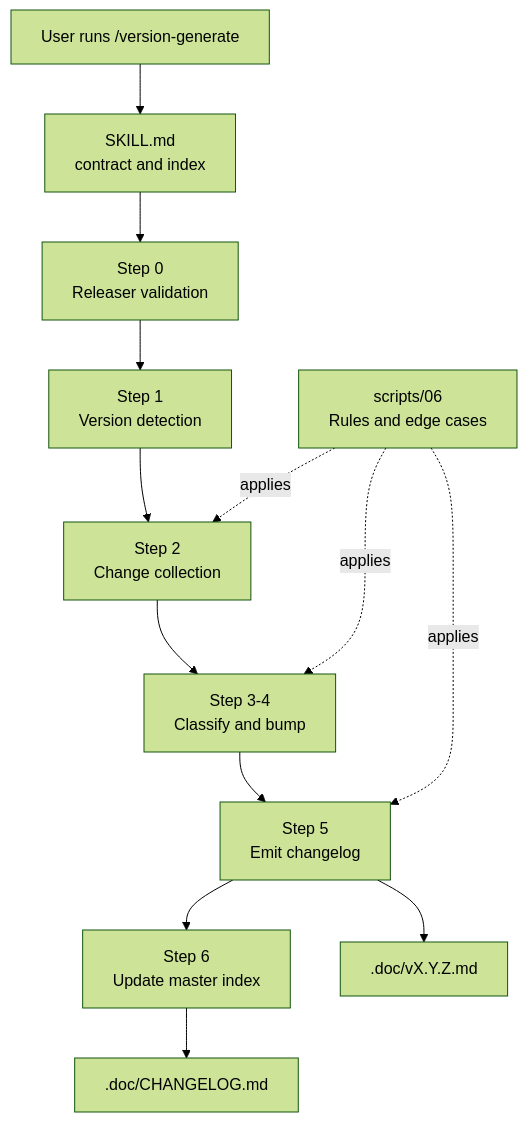
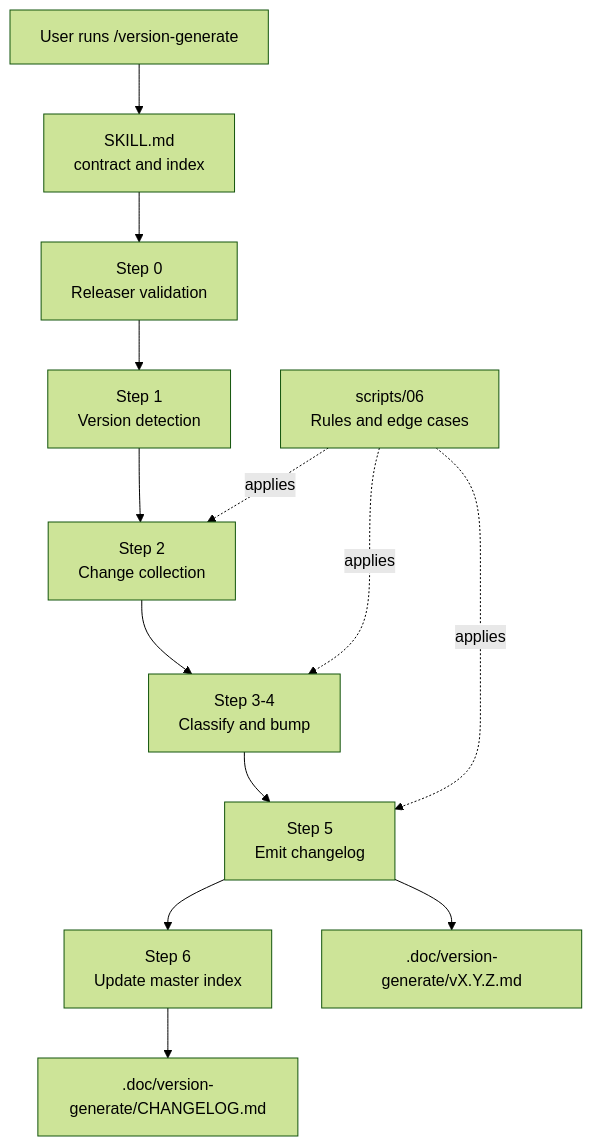
Before and after one commit to pardnio/skill-version-generate: the first of 9 diagrams in doc/architecture.md, drawn with Mermaid (forest theme). The commit also changed other lines of this file and 9 other files, not shown here.

````diff
--- a/doc/architecture.md
+++ b/doc/architecture.md
@@ -7,15 +7,15 @@
 ```mermaid
 graph TB
     User[User runs /version-generate] --> Skill[SKILL.md<br/>contract and index]
     Skill --> S0[Step 0<br/>Releaser validation]
     S0 --> S1[Step 1<br/>Version detection]
     S1 --> S2[Step 2<br/>Change collection]
     S2 --> S3[Step 3-4<br/>Classify and bump]
     S3 --> S4[Step 5<br/>Emit changelog]
     S4 --> S5[Step 6<br/>Update master index]
-    S4 --> OutA[.doc/vX.Y.Z.md]
-    S5 --> OutB[.doc/CHANGELOG.md]
+    S4 --> OutA[.doc/version-generate/vX.Y.Z.md]
+    S5 --> OutB[.doc/version-generate/CHANGELOG.md]
     Rules[scripts/06<br/>Rules and edge cases] -.applies.-> S2
     Rules -.applies.-> S3
     Rules -.applies.-> S4
 ```
````
